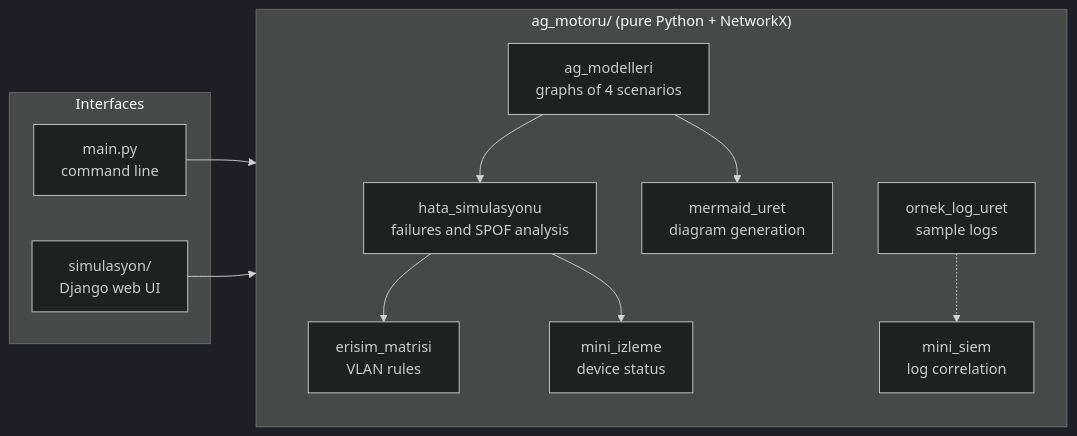
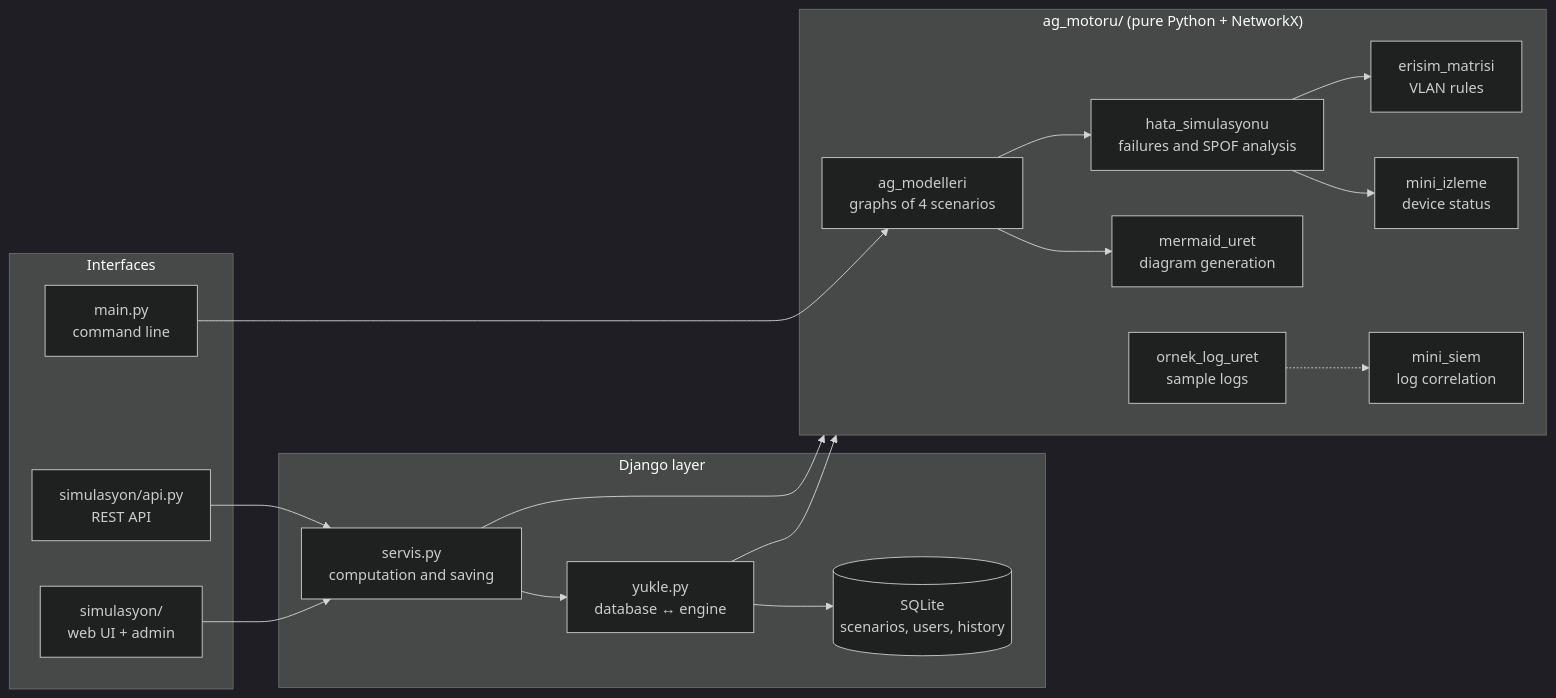
The first of 5 diagrams in README.en.md (ikrabaser/network-topology-simulation), drawn with Mermaid (dark theme) before and after one commit. The commit also changed other lines of this file and 7 other files, not shown here.

Commit message:
docs: document database, admin, accounts and REST API

````diff
--- a/README.en.md
+++ b/README.en.md
@@ -21,23 +24,34 @@
 ```mermaid
 flowchart LR
     subgraph arayuz["Interfaces"]
         cli["main.py<br/>command line"]
-        web["simulasyon/<br/>Django web UI"]
+        web["simulasyon/<br/>web UI + admin"]
+        api["simulasyon/api.py<br/>REST API"]
+    end
+    subgraph katman["Django layer"]
+        servis["servis.py<br/>computation and saving"]
+        yukle["yukle.py<br/>database ↔ engine"]
+        db[("SQLite<br/>scenarios, users, history")]
     end
     subgraph motor["ag_motoru/ (pure Python + NetworkX)"]
         modeller["ag_modelleri<br/>graphs of 4 scenarios"]
         hata["hata_simulasyonu<br/>failures and SPOF analysis"]
         erisim["erisim_matrisi<br/>VLAN rules"]
         izleme["mini_izleme<br/>device status"]
         diyagram["mermaid_uret<br/>diagram generation"]
         siem["mini_siem<br/>log correlation"]
         loglar["ornek_log_uret<br/>sample logs"]
     end
     modeller --> hata
     hata --> erisim
     hata --> izleme
     modeller --> diyagram
     loglar -.-> siem
-    cli --> motor
-    web --> motor
+    cli --> modeller
+    web --> servis
+    api --> servis
+    servis --> yukle
+    yukle --> db
+    yukle --> motor
+    servis --> motor
 ```
````
